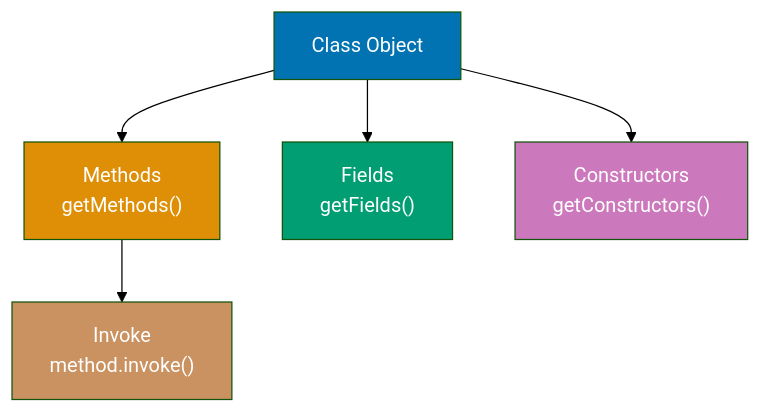
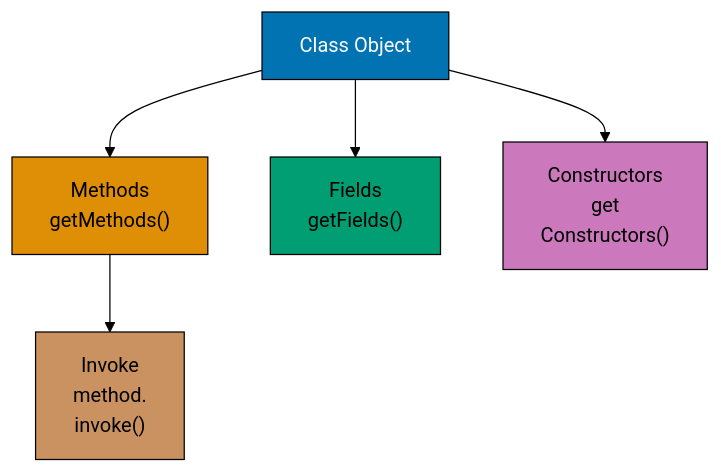
Before and after one commit to wahidyankf/ose-public: the second of 11 diagrams in apps/ayokoding-www/content/en/learn/legacy/software-engineering/programming-languages/java/by-example/intermediate.md, drawn with Mermaid (forest theme). The commit also changed other lines of this file and 112 other files, not shown here.

First line of the commit message:
fix(mermaid): bring the legacy programming-languages diagrams onto the accessible palette

````diff
--- a/apps/ayokoding-www/content/en/learn/legacy/software-engineering/programming-languages/java/by-example/intermediate.md
+++ b/apps/ayokoding-www/content/en/learn/legacy/software-engineering/programming-languages/java/by-example/intermediate.md
@@ -409,14 +415,22 @@
 ```mermaid
 %% Color Palette: Blue #0173B2, Orange #DE8F05, Teal #029E73, Purple #CC78BC, Brown #CA9161
 graph TD
+    accTitle: Example 37: Reflection API - Runtime Introspection
+    accDescr: Graph with 5 nodes and 4 connections. Nodes: Class Object, Methods getMethods4041, Fields getFields4041, Constructors get Constructors4041, Invoke method. invoke4041. Connections: Class Object to Methods getMethods4041, Class Object to Fields getFields4041, Class Object to Constructors get Constructors4041, Methods getMethods4041 to Invoke method. invoke4041.
     Class["Class Object"] --> Methods["Methods<br/>getMethods#40;#41;"]
     Class --> Fields["Fields<br/>getFields#40;#41;"]
-    Class --> Constructors["Constructors<br/>getConstructors#40;#41;"]
-    Methods --> Invoke["Invoke<br/>method.invoke#40;#41;"]
+    Class --> Constructors["Constructors<br/>get<br/>Constructors#40;#41;"]
+    Methods --> Invoke["Invoke<br/>method.<br/>invoke#40;#41;"]
 
-    style Class fill:#0173B2,color:#fff
-    style Methods fill:#DE8F05,color:#fff
-    style Fields fill:#029E73,color:#fff
-    style Constructors fill:#CC78BC,color:#fff
-    style Invoke fill:#CA9161,color:#fff
+    classDef pal-0173B2 fill:#0173B2,stroke:#000000,color:#FFFFFF
+    class Class pal-0173B2
+    classDef pal-DE8F05 fill:#DE8F05,stroke:#000000,color:#000000
+    class Methods pal-DE8F05
+    classDef pal-029E73 fill:#029E73,stroke:#000000,color:#000000
+    class Fields pal-029E73
+    classDef pal-CC78BC fill:#CC78BC,stroke:#000000,color:#000000
+    class Constructors pal-CC78BC
+    classDef pal-CA9161 fill:#CA9161,stroke:#000000,color:#000000
+    class Invoke pal-CA9161
+    classDef default fill:#FFFFFF,stroke:#000000,color:#000000
 ```
````
